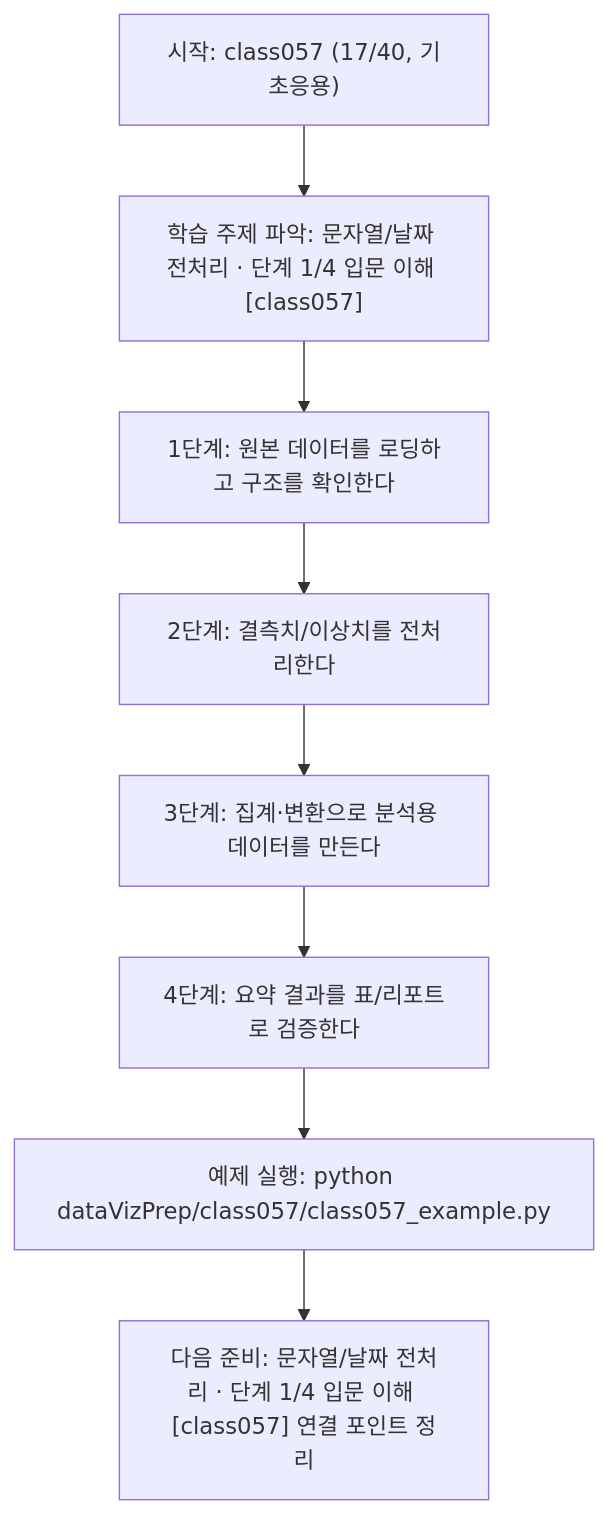
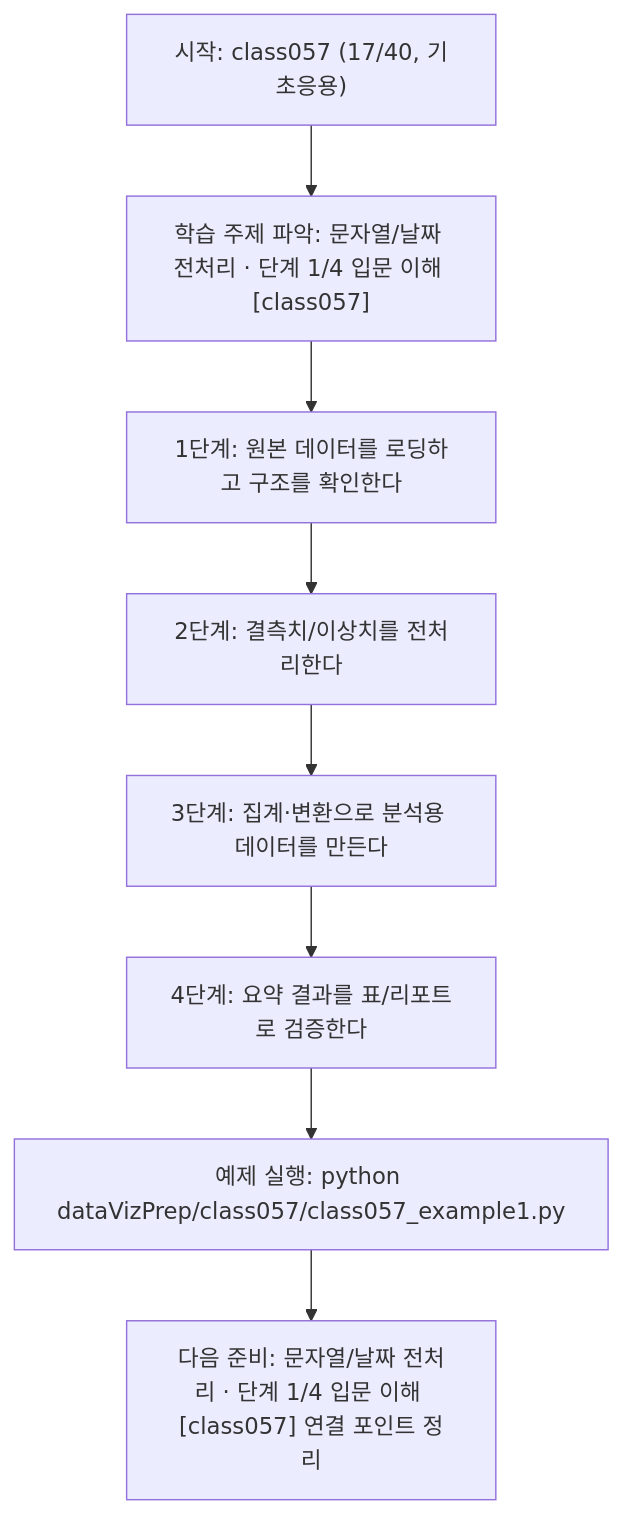
One commit to edumgt/Python-AI_Agent-Class changed the diagram in dataVizPrep/class057/class057.md. Above: the diagram before and after it, drawn with Mermaid. The commit also changed other lines of this file and 2959 other files, not shown here.

````diff
--- a/dataVizPrep/class057/class057.md
+++ b/dataVizPrep/class057/class057.md
@@ -111,18 +111,18 @@
 ```mermaid
 flowchart TD
 N1["시작: class057 (17/40, 기초응용)"]
 N2["학습 주제 파악: 문자열/날짜 전처리 · 단계 1/4 입문 이해 [class057]"]
 N3["1단계: 원본 데이터를 로딩하고 구조를 확인한다"]
 N4["2단계: 결측치/이상치를 전처리한다"]
 N5["3단계: 집계·변환으로 분석용 데이터를 만든다"]
 N6["4단계: 요약 결과를 표/리포트로 검증한다"]
-N7["예제 실행: python dataVizPrep/class057/class057_example.py"]
+N7["예제 실행: python dataVizPrep/class057/class057_example1.py"]
 N8["다음 준비: 문자열/날짜 전처리 · 단계 1/4 입문 이해 [class057] 연결 포인트 정리"]
 N1 --> N2
 N2 --> N3
 N3 --> N4
 N4 --> N5
 N5 --> N6
 N6 --> N7
 N7 --> N8
 ```
````
